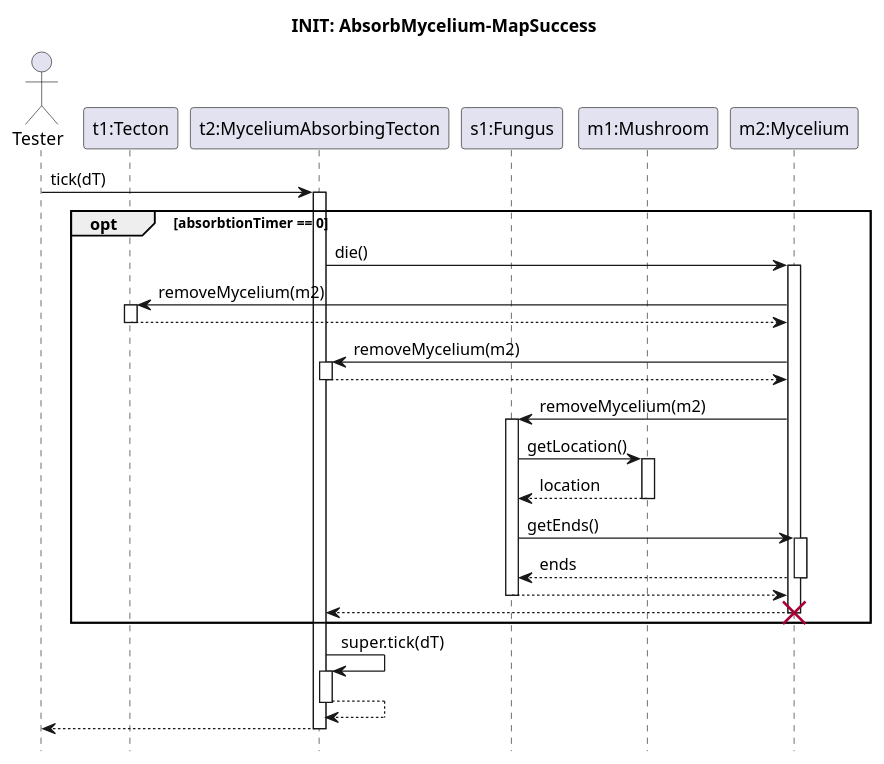
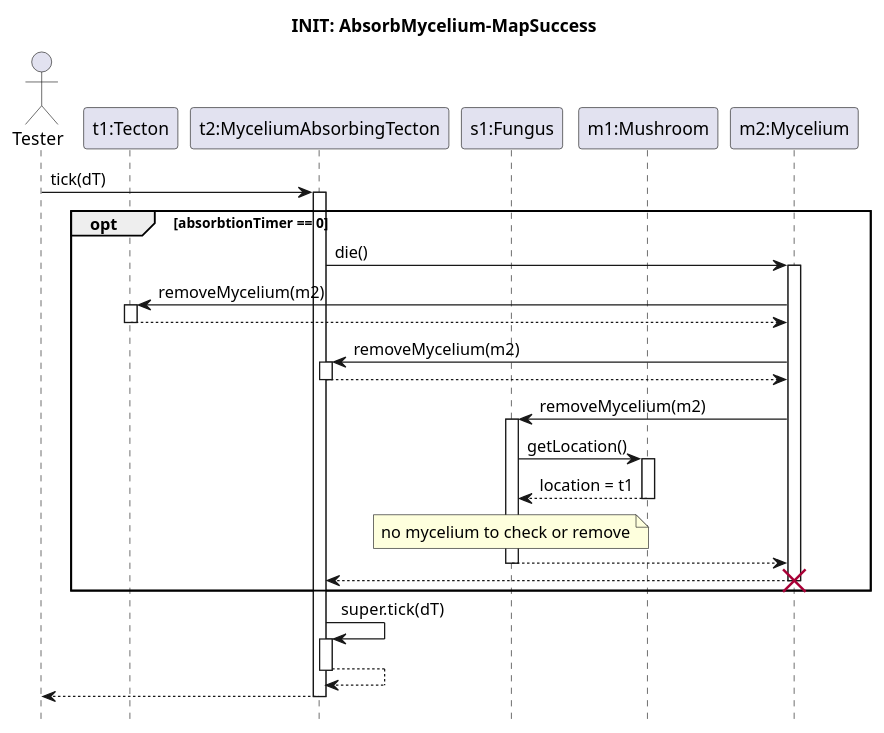
Before and after one commit to ZD4ve/projlab-error521: the diagram in Skeleton/Absorb-mycelium/success.pu, drawn with PlantUML.

Commit message:
finished myceliumabsorbingtecton

```diff
--- a/Skeleton/Absorb-mycelium/success.pu
+++ b/Skeleton/Absorb-mycelium/success.pu
@@ -1,54 +1,51 @@
 @startuml absorb-mycelium-success
 hide footbox
 
 title INIT: AbsorbMycelium-MapSuccess
 
 actor Tester as S
 participant "t1:Tecton" as t1
 participant "t2:MyceliumAbsorbingTecton" as t2
 participant "s1:Fungus" as s1
 participant "m1:Mushroom" as m1
 participant "m2:Mycelium" as m2
 
 S -> t2 : tick(dT)
 activate t2
 
 opt absorbtionTimer == 0
     t2 -> m2 : die()
     activate m2
 
     m2 -> t1 : removeMycelium(m2)
     activate t1
 
     return
 
     m2 -> t2 : removeMycelium(m2)
     activate t2
 
     return
 
     m2 -> s1 : removeMycelium(m2)
     activate s1
 
     s1 -> m1 : getLocation()
     activate m1
 
-    return location
+    return location = t1
 
-    s1 -> m2 : getEnds()
-    activate m2
-
-    return ends
+    note over s1 : no mycelium to check or remove
 
     return
     return
     destroy m2
 end
 
 t2 -> t2 : super.tick(dT)
 activate t2
 return
 
 return
 
 @enduml
```
